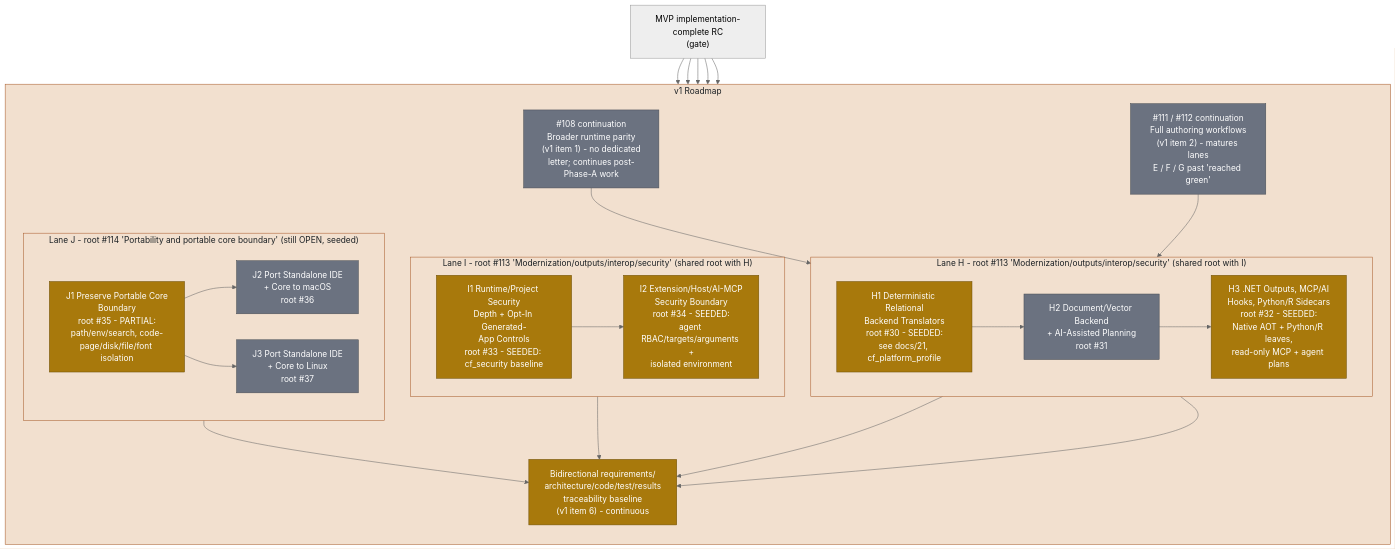
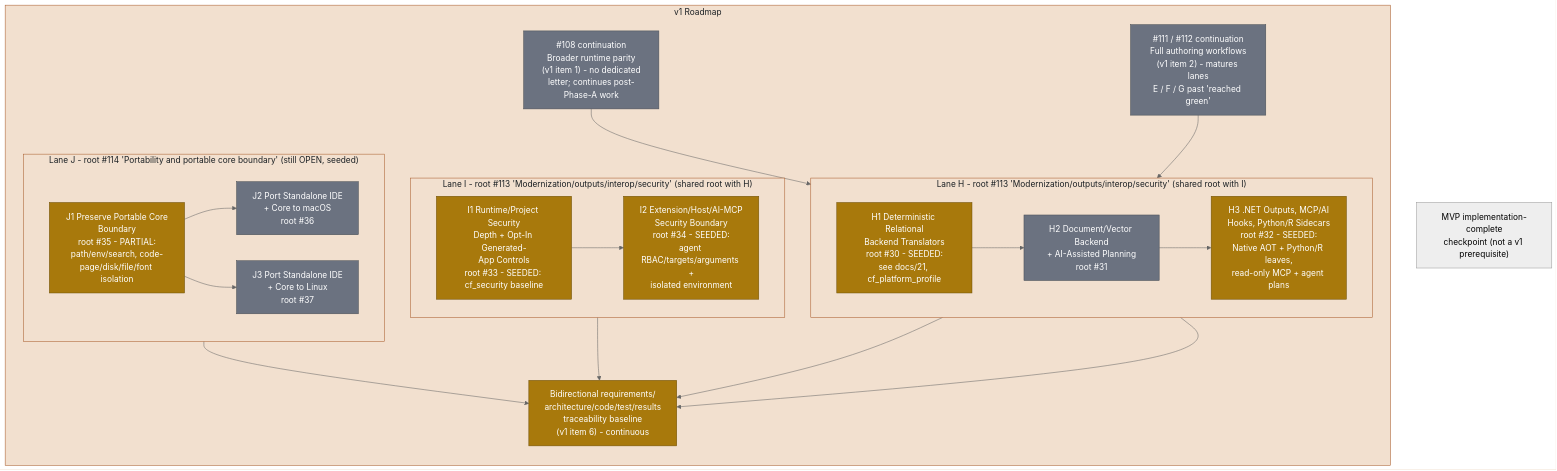
The diagram in docs/diagrams/roadmap-v1-lanes-hij.md (rhamenator/Project-Copperfin), drawn with Mermaid (neutral theme) before and after one commit. The commit also changed other lines of this file and 3 other files, not shown here.

````diff
--- a/docs/diagrams/roadmap-v1-lanes-hij.md
+++ b/docs/diagrams/roadmap-v1-lanes-hij.md
@@ -10,60 +20,55 @@
 ```mermaid
 flowchart TB
     classDef partial fill:#a8790c,stroke:#6e4f07,color:#ffffff,stroke-width:1px;
     classDef planned fill:#6b7280,stroke:#484d54,color:#ffffff,stroke-width:1px;
     classDef lane fill:#f2e0cf,stroke:#a85a2a,color:#1b2024,stroke-width:1px;
 
-    MVP["MVP implementation-complete RC<br/>(gate)"]
+    MVP["MVP implementation-complete<br/>checkpoint (not a v1 prerequisite)"]
 
     subgraph V1["v1 Roadmap"]
       direction TB
 
       CONT1["#108 continuation<br/>Broader runtime parity<br/>(v1 item 1) - no dedicated<br/>letter; continues post-Phase-A work"]
       CONT2["#111 / #112 continuation<br/>Full authoring workflows<br/>(v1 item 2) - matures lanes<br/>E / F / G past 'reached green'"]
 
       subgraph LANEH["Lane H - root #113 'Modernization/outputs/interop/security' (shared root with I)"]
         direction LR
         H1["H1 Deterministic Relational<br/>Backend Translators<br/>root #30 - SEEDED:<br/>see docs/21, cf_platform_profile"]
         H2["H2 Document/Vector Backend<br/>+ AI-Assisted Planning<br/>root #31"]
         H3["H3 .NET Outputs, MCP/AI<br/>Hooks, Python/R Sidecars<br/>root #32 - SEEDED:<br/>Native AOT + Python/R leaves,<br/>read-only MCP + agent plans"]
         H1 --> H2 --> H3
       end
 
       subgraph LANEI["Lane I - root #113 'Modernization/outputs/interop/security' (shared root with H)"]
         direction LR
         I1["I1 Runtime/Project Security<br/>Depth + Opt-In Generated-<br/>App Controls<br/>root #33 - SEEDED: cf_security baseline"]
         I2["I2 Extension/Host/AI-MCP<br/>Security Boundary<br/>root #34 - SEEDED:<br/>agent RBAC/targets/arguments +<br/>isolated environment"]
         I1 --> I2
       end
 
       subgraph LANEJ["Lane J - root #114 'Portability and portable core boundary' (still OPEN, seeded)"]
         direction LR
         J1["J1 Preserve Portable Core<br/>Boundary<br/>root #35 - PARTIAL:<br/>path/env/search, code-page/disk/file/font isolation"]
         J2["J2 Port Standalone IDE<br/>+ Core to macOS<br/>root #36"]
         J3["J3 Port Standalone IDE<br/>+ Core to Linux<br/>root #37"]
         J1 --> J2
         J1 --> J3
       end
 
       TRACE["Bidirectional requirements/<br/>architecture/code/test/results<br/>traceability baseline<br/>(v1 item 6) - continuous"]
     end
 
-    MVP --> CONT1
-    MVP --> CONT2
-    MVP --> LANEH
-    MVP --> LANEI
-    MVP --> LANEJ
     CONT1 --> H1
     CONT2 --> H3
     H1 --> TRACE
     H3 --> TRACE
     I2 --> TRACE
     J1 --> TRACE
 
     class CONT1,CONT2 planned;
     class H1,H3,I1,I2,J1 partial;
     class H2 planned;
     class J2,J3 planned;
     class TRACE partial;
     class V1,LANEH,LANEI,LANEJ lane;
 ```
````
